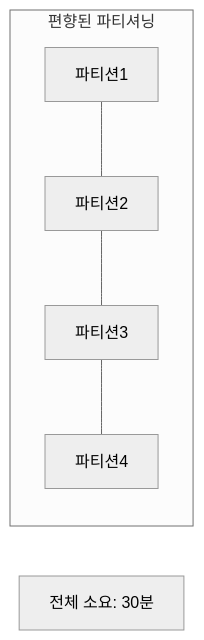
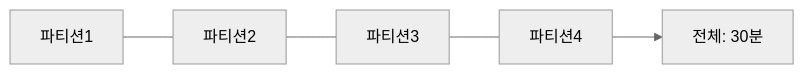
The fifth of 6 diagrams in _posts/batch/2026-05-03-spring-batch-partitioning.md (yjkim2015/yjkim2015.github.io), drawn with Mermaid (neutral theme) before and after one commit. The commit also changed other lines of this file and 155 other files, not shown here.

First line of the commit message:
Mermaid 전면 수정: subgraph 제거, participant/노드/줄수 축소 (342블록)

````diff
--- a/_posts/batch/2026-05-03-spring-batch-partitioning.md
+++ b/_posts/batch/2026-05-03-spring-batch-partitioning.md
@@ -421,9 +418,7 @@
 ```mermaid
 flowchart LR
-    subgraph "편향된 파티셔닝"
-        A["파티션1"] --- B["파티션2"]
-        B --- C["파티션3"]
-        C --- D["파티션4"]
-    end
-    E["전체 소요: 30분"]
+    A["파티션1"] --- B["파티션2"]
+    B --- C["파티션3"]
+    C --- D["파티션4"]
+    D --> E["전체: 30분"]
 ```
````
